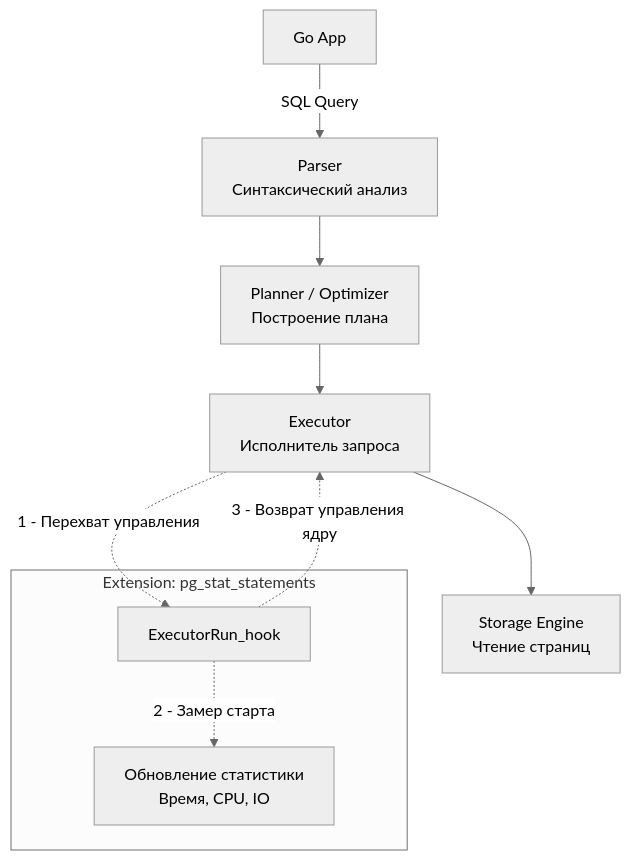
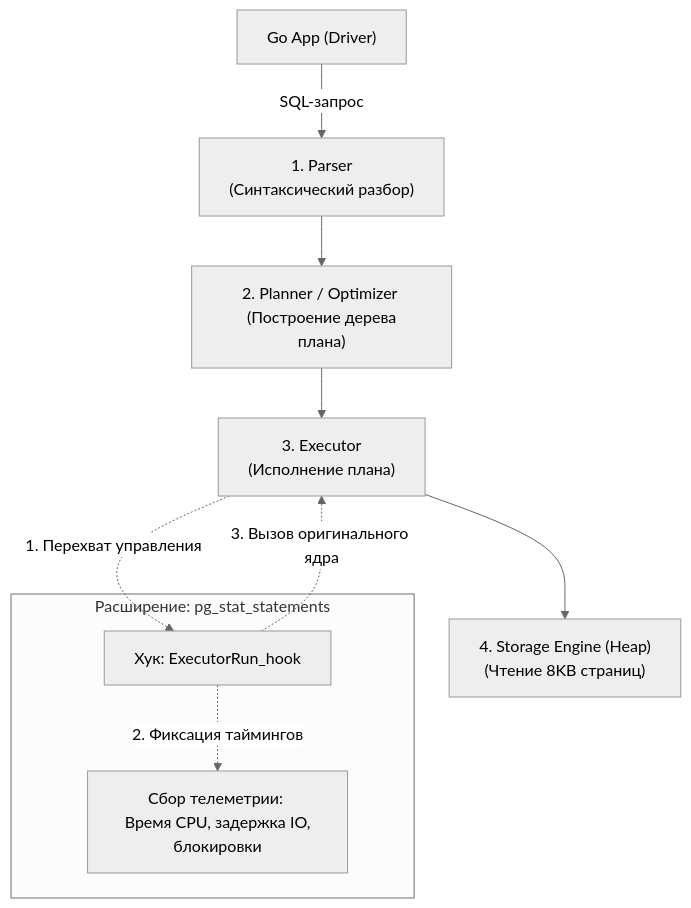
One commit to UnrealTemplier/go-textbook changed the first of 3 diagrams in sources/12. Базы данных/06. PostgreSQL/7. Расширения PostgreSQL.md. Above: the diagram before and after it, drawn with Mermaid (neutral theme). The commit also changed other lines of this file, not shown here.

````diff
--- a/sources/12. Базы данных/06. PostgreSQL/7. Расширения PostgreSQL.md
+++ b/sources/12. Базы данных/06. PostgreSQL/7. Расширения PostgreSQL.md
@@ -19,16 +23,16 @@
 ```mermaid
 flowchart TD
-    Client["Go App"] -->|SQL Query| Parser["Parser <br> Синтаксический анализ"]
-    Parser --> Planner["Planner / Optimizer <br> Построение плана"]
-    Planner --> Exec["Executor <br> Исполнитель запроса"]
-    Exec --> Storage["Storage Engine <br> Чтение страниц"]
+    Client["Go App (Driver)"] -->|"SQL-запрос"| Parser["1. Parser <br> (Синтаксический разбор)"]
+    Parser --> Planner["2. Planner / Optimizer <br> (Построение дерева плана)"]
+    Planner --> Exec["3. Executor <br> (Исполнение плана)"]
+    Exec --> Storage["4. Storage Engine (Heap) <br> (Чтение 8KB страниц)"]
 
-    subgraph "Extension: pg_stat_statements"
-        Hook["ExecutorRun_hook"]
-        Stat["Обновление статистики <br> Время, CPU, IO"]
+    subgraph ExtHook ["Расширение: pg_stat_statements"]
+        Hook["Хук: ExecutorRun_hook"]
+        Stat["Сбор телеметрии: <br> Время CPU, задержка IO, блокировки"]
     end
 
-    Exec -.->|"1 - Перехват управления"| Hook
-    Hook -.->|"2 - Замер старта"| Stat
-    Hook -.->|"3 - Возврат управления ядру"| Exec
+    Exec -.->|"1. Перехват управления"| Hook
+    Hook -.->|"2. Фиксация таймингов"| Stat
+    Hook -.->|"3. Вызов оригинального ядра"| Exec
 ```
````
